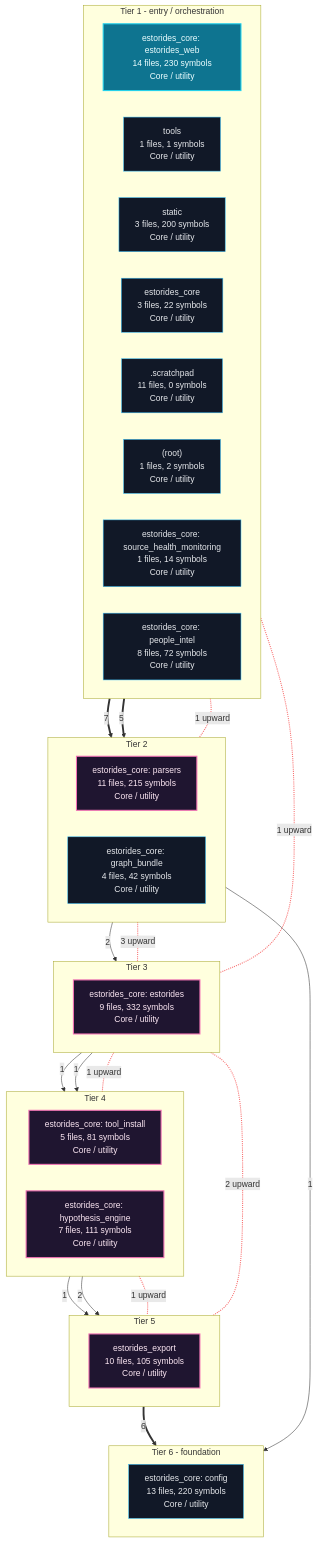
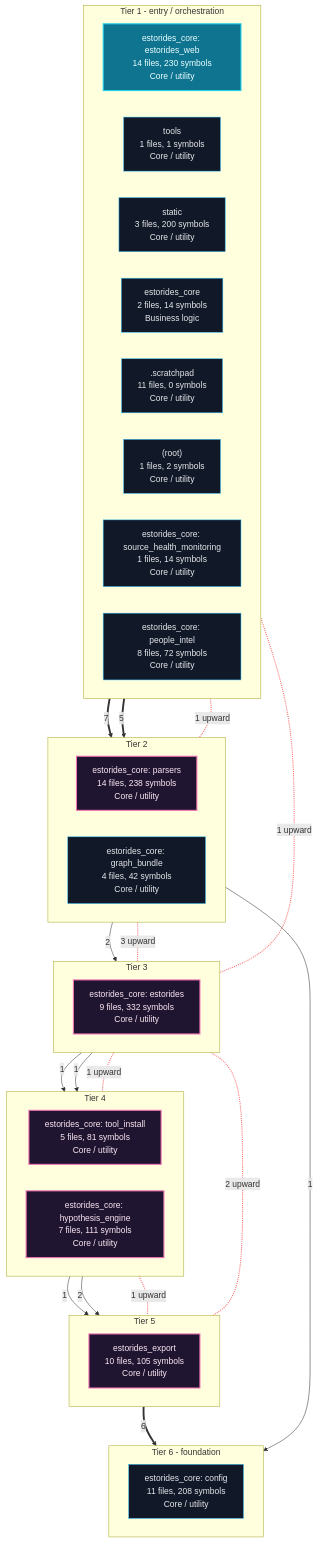
One commit to grisuno/estorides changed the first of 6 diagrams in readmenator-apidocs/architecture.md. Above: the diagram before and after it, drawn with Mermaid. The commit also changed other lines of this file and 39 other files, not shown here.

````diff
--- a/readmenator-apidocs/architecture.md
+++ b/readmenator-apidocs/architecture.md
@@ -11,60 +11,60 @@
 ```mermaid
 flowchart TB
     classDef cycle fill:#1f1530,stroke:#f472b6,color:#fce7f3,stroke-width:2px;
     classDef default fill:#111827,stroke:#38bdf8,color:#e5e7eb;
     classDef entry fill:#0e7490,stroke:#22d3ee,color:#ecfeff,stroke-width:2px;
     subgraph lane_0["Tier 1 - entry / orchestration"]
         direction LR
         n_c0["estorides_core: estorides_web<br/>14 files, 230 symbols<br/>Core / utility"]:::entry
         n_d_tools["tools<br/>1 files, 1 symbols<br/>Core / utility"]:::default
         n_d_static["static<br/>3 files, 200 symbols<br/>Core / utility"]:::default
-        n_d_estorides_core["estorides_core<br/>3 files, 22 symbols<br/>Core / utility"]:::default
+        n_d_estorides_core["estorides_core<br/>2 files, 14 symbols<br/>Business logic"]:::default
         n_d__scratchpad[".scratchpad<br/>11 files, 0 symbols<br/>Core / utility"]:::default
         n_d__root_["(root)<br/>1 files, 2 symbols<br/>Core / utility"]:::default
         n_c9["estorides_core: source_health_monitoring<br/>1 files, 14 symbols<br/>Core / utility"]:::default
         n_c6["estorides_core: people_intel<br/>8 files, 72 symbols<br/>Core / utility"]:::default
     end
     subgraph lane_1["Tier 2"]
         direction LR
-        n_c1["estorides_core: parsers<br/>11 files, 215 symbols<br/>Core / utility"]:::cycle
+        n_c1["estorides_core: parsers<br/>14 files, 238 symbols<br/>Core / utility"]:::cycle
         n_c5["estorides_core: graph_bundle<br/>4 files, 42 symbols<br/>Core / utility"]:::default
     end
     subgraph lane_2["Tier 3"]
         direction LR
-        n_c4["estorides_core: estorides<br/>9 files, 332 symbols<br/>Core / utility"]:::cycle
+        n_c3["estorides_core: estorides<br/>9 files, 332 symbols<br/>Core / utility"]:::cycle
     end
     subgraph lane_3["Tier 4"]
         direction LR
         n_c8["estorides_core: tool_install<br/>5 files, 81 symbols<br/>Core / utility"]:::cycle
-        n_c3["estorides_core: hypothesis_engine<br/>7 files, 111 symbols<br/>Core / utility"]:::cycle
+        n_c2["estorides_core: hypothesis_engine<br/>7 files, 111 symbols<br/>Core / utility"]:::cycle
     end
     subgraph lane_4["Tier 5"]
         direction LR
         n_c7["estorides_export<br/>10 files, 105 symbols<br/>Core / utility"]:::cycle
     end
     subgraph lane_5["Tier 6 - foundation"]
         direction LR
-        n_c2["estorides_core: config<br/>13 files, 220 symbols<br/>Core / utility"]:::default
+        n_c4["estorides_core: config<br/>11 files, 208 symbols<br/>Core / utility"]:::default
     end
     n_c0 ==>|"7"| n_c1
     n_c0 ==>|"5"| n_c5
-    n_c1 -->|"2"| n_c4
-    n_c3 -->|"1"| n_c7
-    n_c4 -->|"1"| n_c3
-    n_c4 -->|"1"| n_c8
-    n_c5 -->|"1"| n_c2
-    n_c7 ==>|"6"| n_c2
+    n_c1 -->|"2"| n_c3
+    n_c2 -->|"1"| n_c7
+    n_c3 -->|"1"| n_c2
+    n_c3 -->|"1"| n_c8
+    n_c5 -->|"1"| n_c4
+    n_c7 ==>|"6"| n_c4
     n_c8 -->|"2"| n_c7
     n_c0 <-.-|"1 upward"| n_c1
-    n_c4 <-.-|"1 upward"| n_c3
-    n_c0 <-.-|"1 upward"| n_c4
-    n_c1 <-.-|"3 upward"| n_c4
-    n_c3 <-.-|"1 upward"| n_c7
-    n_c4 <-.-|"2 upward"| n_c7
+    n_c3 <-.-|"1 upward"| n_c2
+    n_c0 <-.-|"1 upward"| n_c3
+    n_c1 <-.-|"3 upward"| n_c3
+    n_c2 <-.-|"1 upward"| n_c7
+    n_c3 <-.-|"2 upward"| n_c7
     linkStyle 9,10,11,12,13,14 stroke:#f87171,stroke-width:2px;
     n_c0 ~~~ n_c1
-    n_c1 ~~~ n_c4
-    n_c4 ~~~ n_c8
+    n_c1 ~~~ n_c3
+    n_c3 ~~~ n_c8
     n_c8 ~~~ n_c7
-    n_c7 ~~~ n_c2
+    n_c7 ~~~ n_c4
 ```
````
